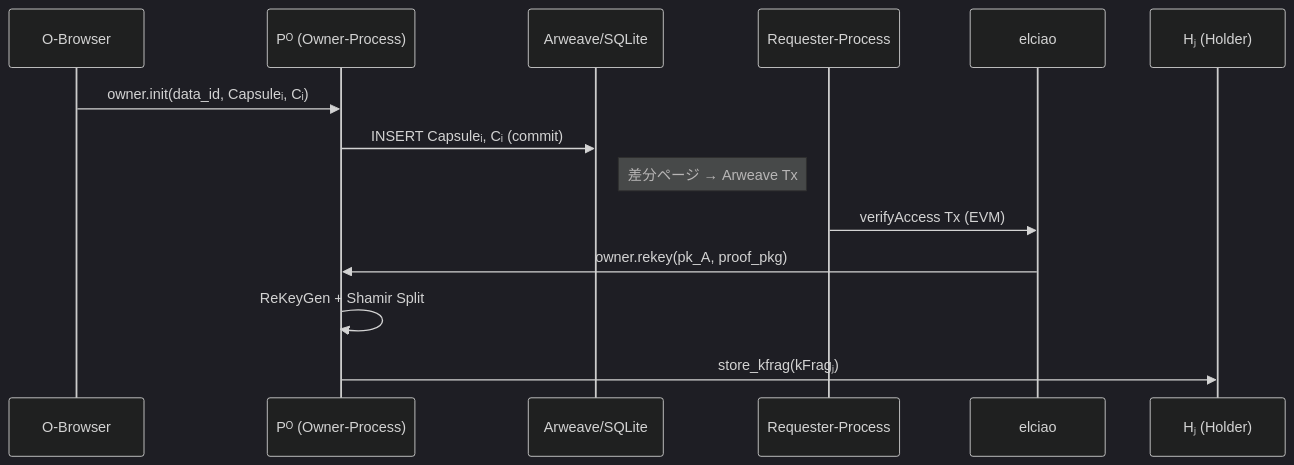
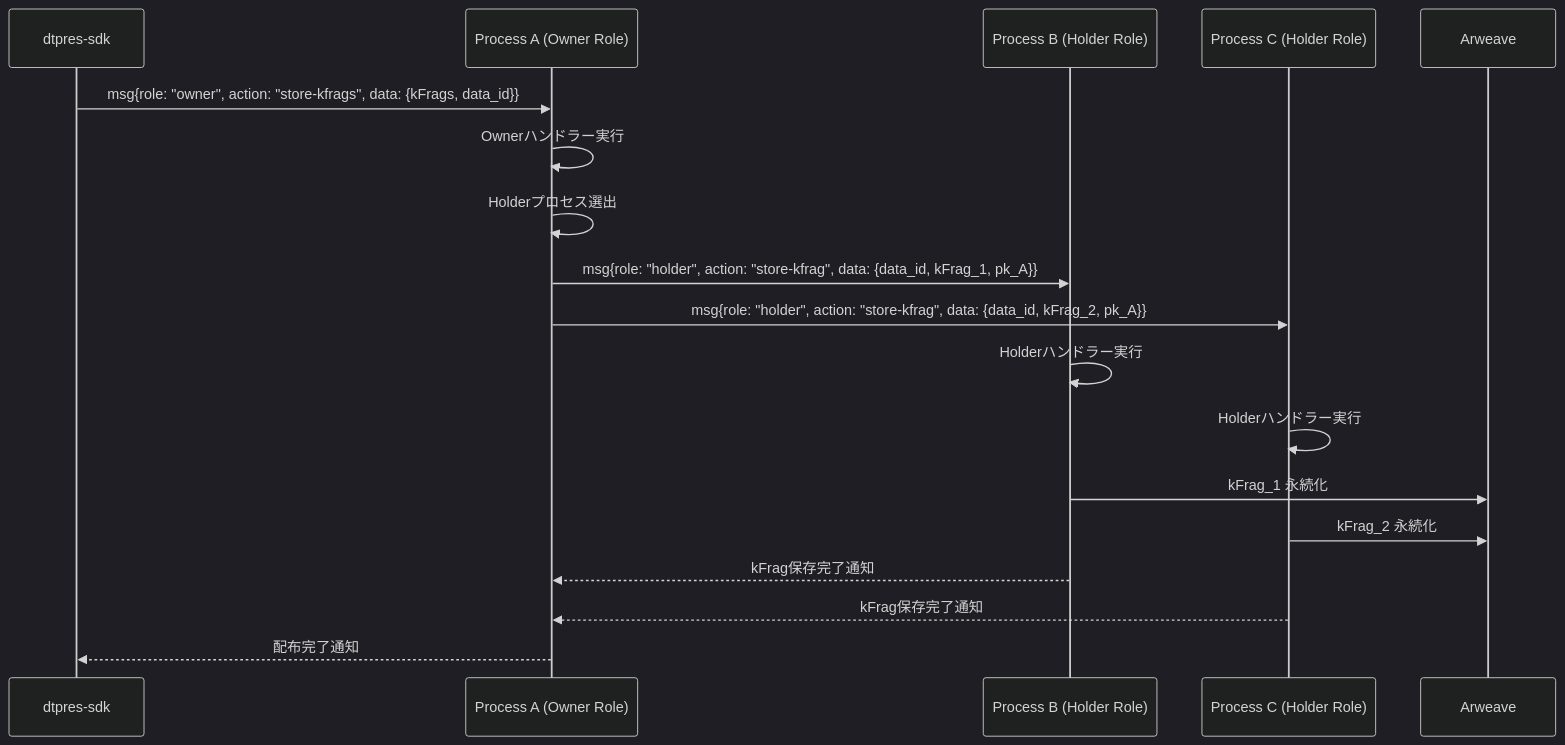
The diagram in docs/features/Owner‑Process.md (shodaimomiyama/D-TPRES), drawn with Mermaid (dark theme) before and after one commit. The commit also changed other lines of this file and 9 other files, not shown here.

````diff
--- a/docs/features/Owner‑Process.md
+++ b/docs/features/Owner‑Process.md
@@ -46,17 +57,21 @@
 ```mermaid
 sequenceDiagram
-    participant OB as O-Browser
-    participant PO as Pᴼ (Owner-Process)
-    participant AR as Arweave/SQLite
-    participant RP as Requester-Process
-    participant EL as elciao
-    participant H as Hⱼ (Holder)
+    participant SDK as dtpres-sdk
+    participant P as Process A (Owner Role)
+    participant H1 as Process B (Holder Role)
+    participant H2 as Process C (Holder Role)
+    participant AR as Arweave
 
-    OB->>PO: owner.init(data_id, Capsuleᵢ, Cᵢ)
-    PO->>AR: INSERT Capsuleᵢ, Cᵢ (commit)
-    Note right of AR: 差分ページ → Arweave Tx
-    RP->>EL: verifyAccess Tx (EVM)
-    EL->>PO: owner.rekey(pk_A, proof_pkg)
-    PO->>PO: ReKeyGen + Shamir Split
-    PO->>H: store_kfrag(kFragⱼ)
+    SDK->>P: msg{role: "owner", action: "store-kfrags", data: {kFrags, data_id}}
+    P->>P: Ownerハンドラー実行
+    P->>P: Holderプロセス選出
+    P->>H1: msg{role: "holder", action: "store-kfrag", data: {data_id, kFrag_1, pk_A}}
+    P->>H2: msg{role: "holder", action: "store-kfrag", data: {data_id, kFrag_2, pk_A}}
+    H1->>H1: Holderハンドラー実行
+    H2->>H2: Holderハンドラー実行
+    H1->>AR: kFrag_1 永続化
+    H2->>AR: kFrag_2 永続化
+    H1-->>P: kFrag保存完了通知
+    H2-->>P: kFrag保存完了通知
+    P-->>SDK: 配布完了通知
 ```
````
